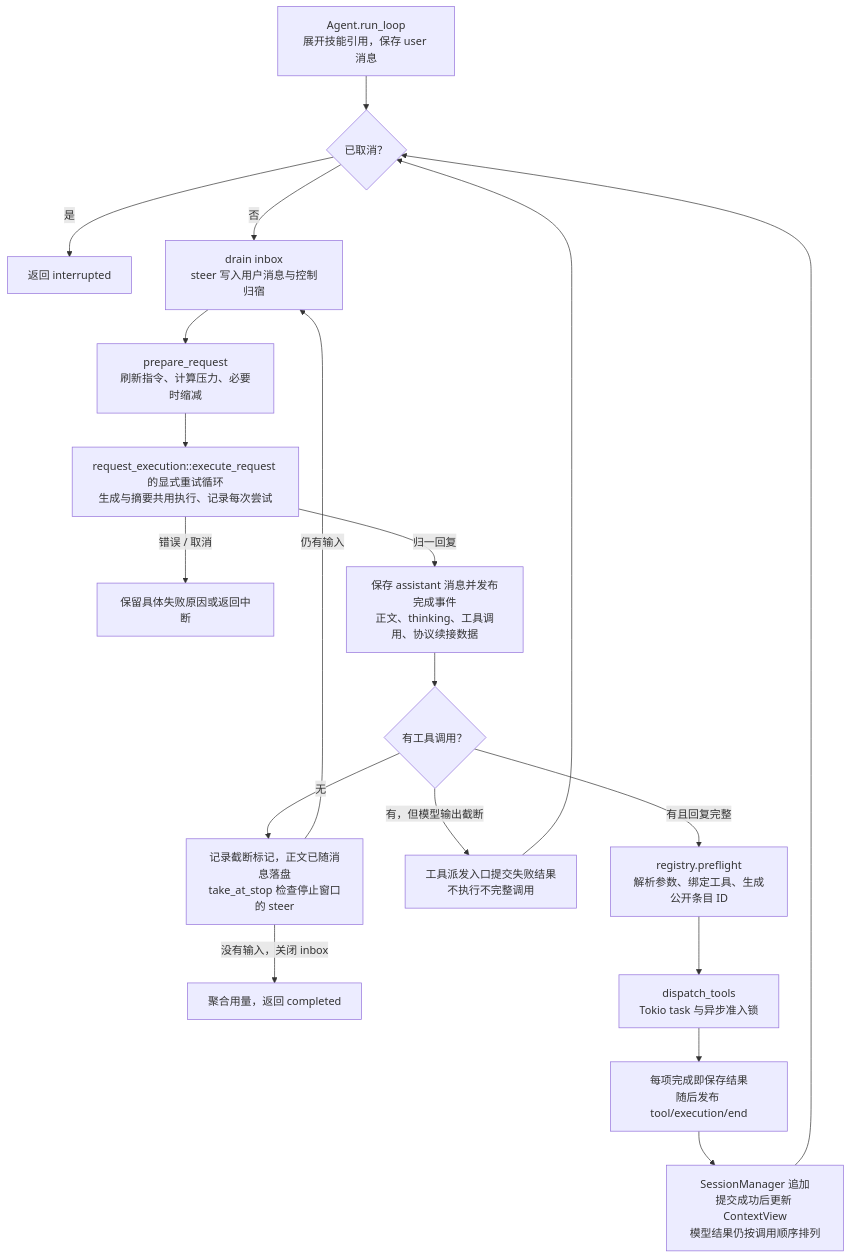
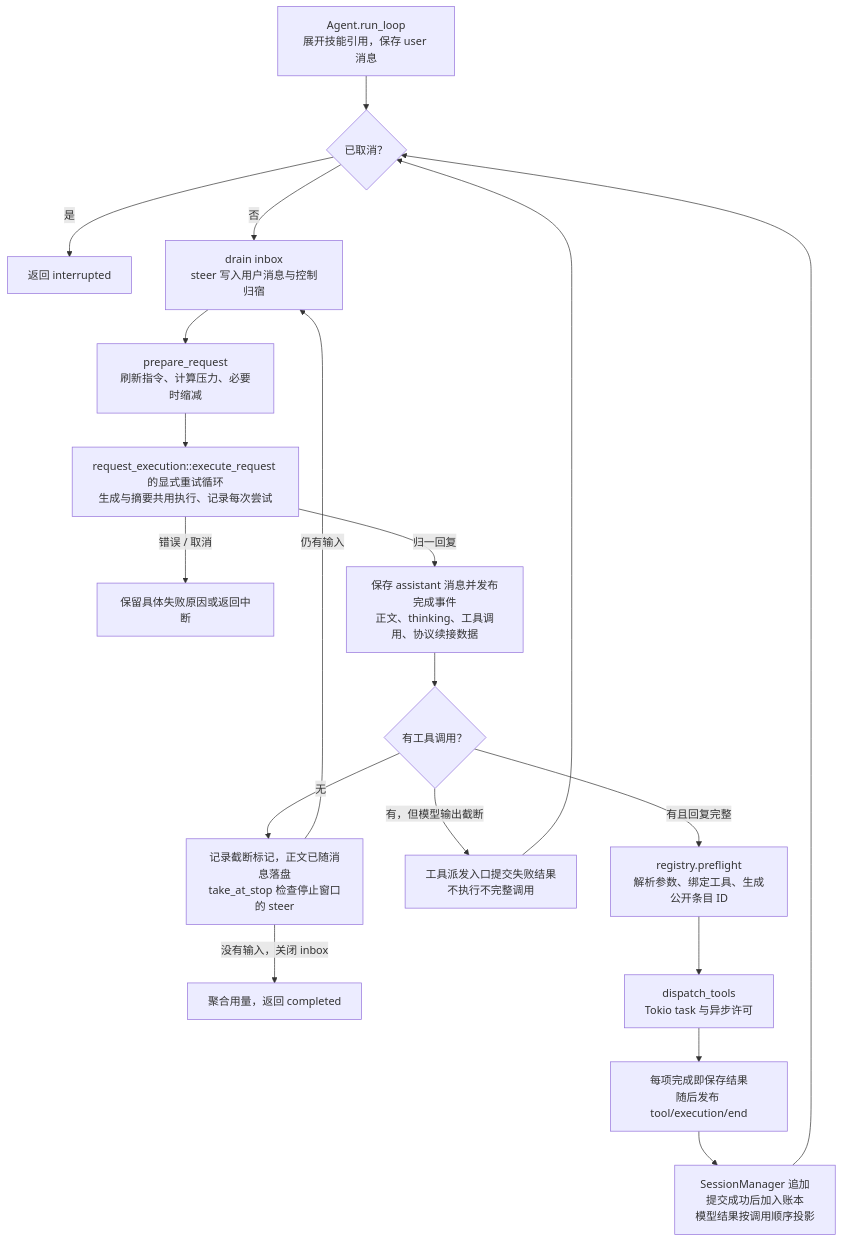
Before and after one commit to qjcnmd/singularity-agent: diagram 14 of 29 in docs/architecture.md, drawn with Mermaid. The commit also changed other lines of this file and 66 other files, not shown here.

````diff
--- a/docs/architecture.md
+++ b/docs/architecture.md
@@ -396,21 +396,21 @@
 ```mermaid
 flowchart TB
     Input["Agent.run_loop<br/>展开技能引用，保存 user 消息"] --> Cancel{"已取消？"}
     Cancel -->|"是"| Abort["返回 interrupted"]
     Cancel -->|"否"| Inbox["drain inbox<br/>steer 写入用户消息与控制归宿"]
     Inbox --> Prepare["prepare_request<br/>刷新指令、计算压力、必要时缩减"]
     Prepare --> Request["request_execution::execute_request 的显式重试循环<br/>生成与摘要共用执行、记录每次尝试"]
     Request -->|"错误 / 取消"| Failure["保留具体失败原因或返回中断"]
     Request -->|"归一回复"| Assistant["保存 assistant 消息并发布完成事件<br/>正文、thinking、工具调用、协议续接数据"]
     Assistant --> Calls{"有工具调用？"}
     Calls -->|"无"| Stop["记录截断标记，正文已随消息落盘<br/>take_at_stop 检查停止窗口的 steer"]
     Stop -->|"仍有输入"| Inbox
     Stop -->|"没有输入，关闭 inbox"| Completed["聚合用量，返回 completed"]
     Calls -->|"有，但模型输出截断"| Truncated["工具派发入口提交失败结果<br/>不执行不完整调用"]
     Truncated --> Cancel
     Calls -->|"有且回复完整"| Preflight["registry.preflight<br/>解析参数、绑定工具、生成公开条目 ID"]
-    Preflight --> Dispatch["dispatch_tools<br/>Tokio task 与异步准入锁"]
+    Preflight --> Dispatch["dispatch_tools<br/>Tokio task 与异步许可"]
     Dispatch --> Results["每项完成即保存结果<br/>随后发布 tool/execution/end"]
-    Results --> Context["SessionManager 追加<br/>提交成功后更新 ContextView<br/>模型结果仍按调用顺序排列"]
+    Results --> Context["SessionManager 追加<br/>提交成功后加入账本<br/>模型结果按调用顺序投影"]
     Context --> Cancel
 ```
````
